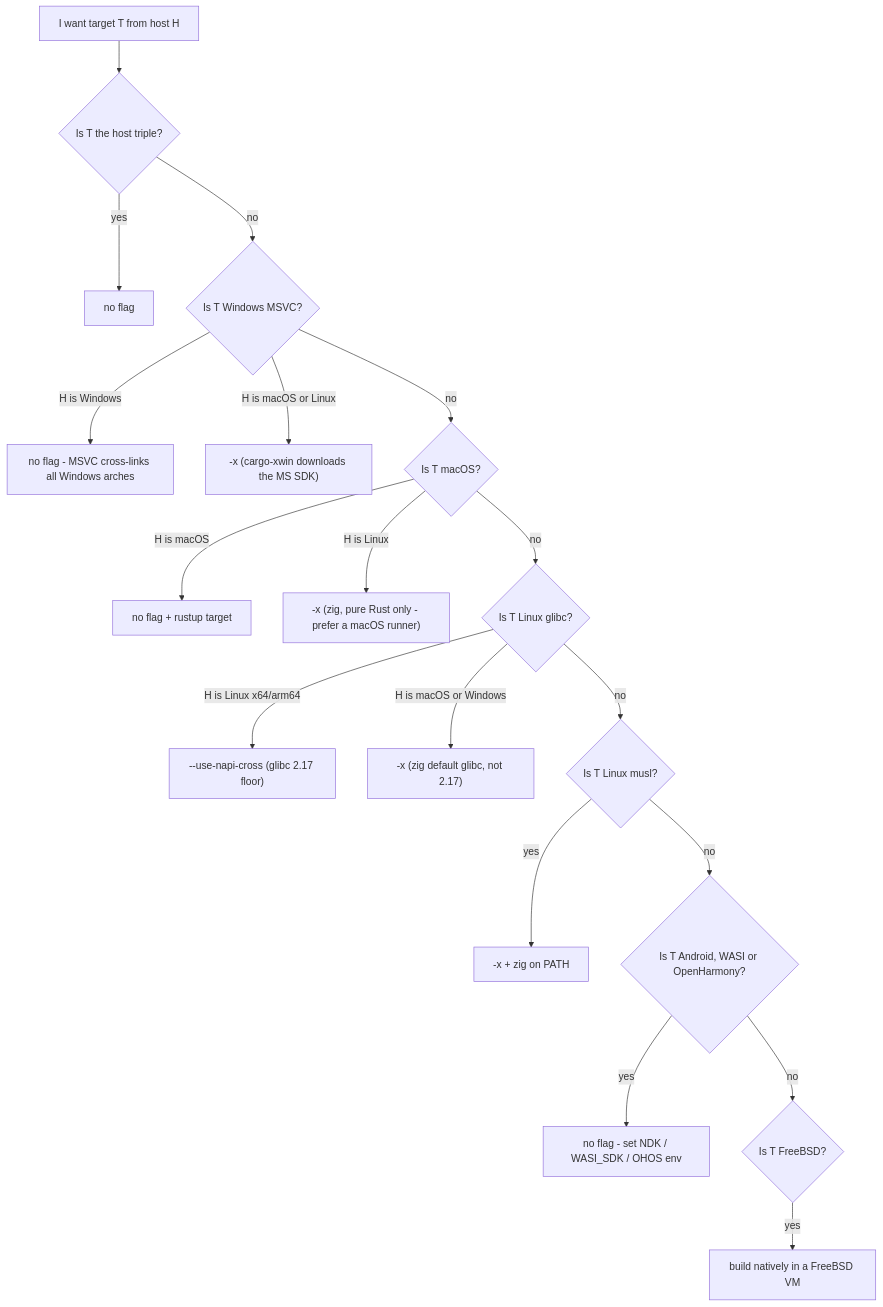
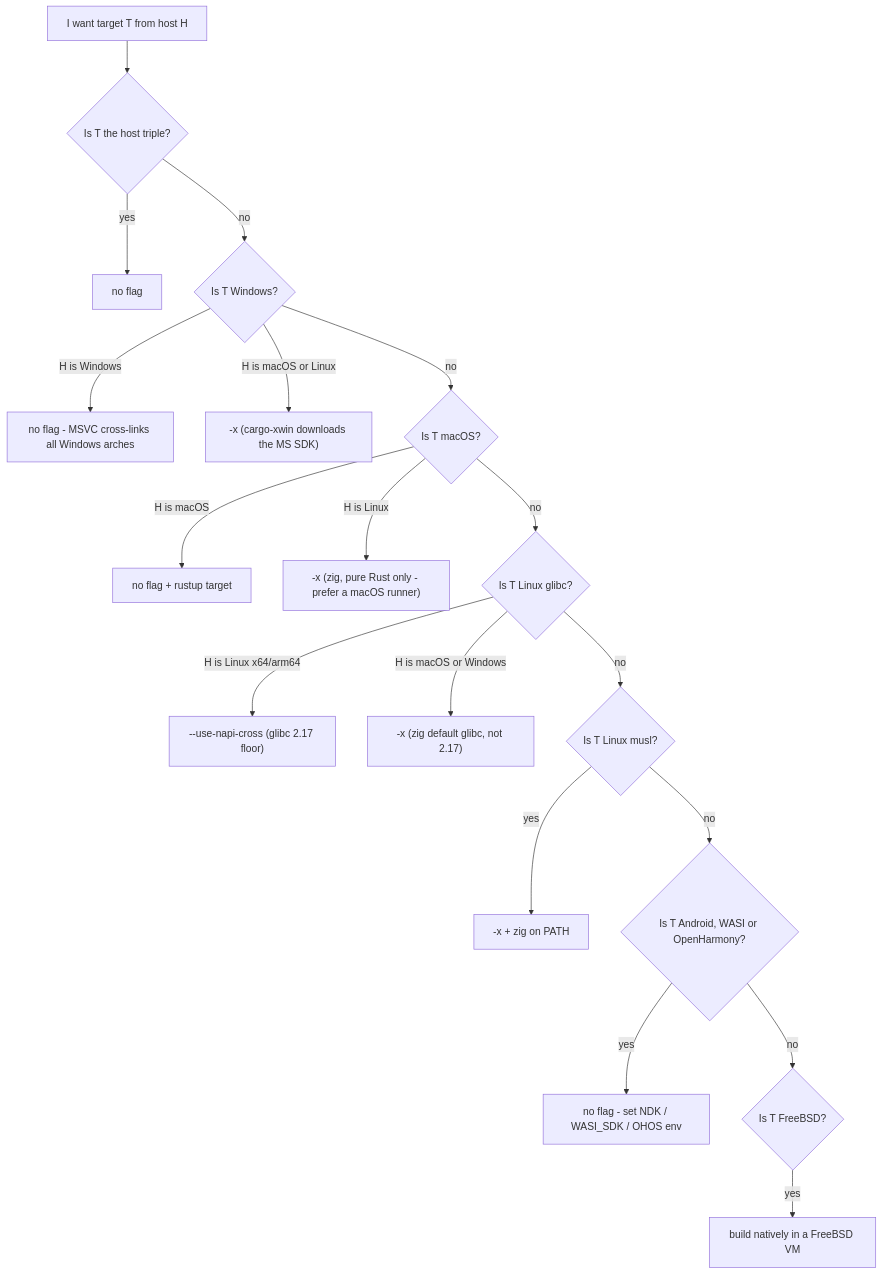
The diagram in content/docs/cross-build.en.mdx (napi-rs/website), drawn with Mermaid before and after one commit. The commit also changed other lines of this file and 7 other files, not shown here.

````diff
--- a/content/docs/cross-build.en.mdx
+++ b/content/docs/cross-build.en.mdx
@@ -48,20 +48,20 @@
 ```mermaid
 flowchart TD
     A[I want target T from host H] --> B{Is T the host triple?}
     B -- yes --> N0[no flag]
-    B -- no --> C{Is T Windows MSVC?}
+    B -- no --> C{Is T Windows?}
     C -- "H is Windows" --> N1["no flag - MSVC cross-links all Windows arches"]
     C -- "H is macOS or Linux" --> X1["-x (cargo-xwin downloads the MS SDK)"]
     C -- no --> D{Is T macOS?}
     D -- "H is macOS" --> N2[no flag + rustup target]
     D -- "H is Linux" --> X2["-x (zig, pure Rust only - prefer a macOS runner)"]
     D -- no --> E{Is T Linux glibc?}
     E -- "H is Linux x64/arm64" --> NC["--use-napi-cross (glibc 2.17 floor)"]
     E -- "H is macOS or Windows" --> X3["-x (zig default glibc, not 2.17)"]
     E -- no --> F{Is T Linux musl?}
     F -- yes --> X4["-x + zig on PATH"]
     F -- no --> G{Is T Android, WASI or OpenHarmony?}
     G -- yes --> N3["no flag - set NDK / WASI_SDK / OHOS env"]
     G -- no --> H2{Is T FreeBSD?}
     H2 -- yes --> VM[build natively in a FreeBSD VM]
 ```
````
